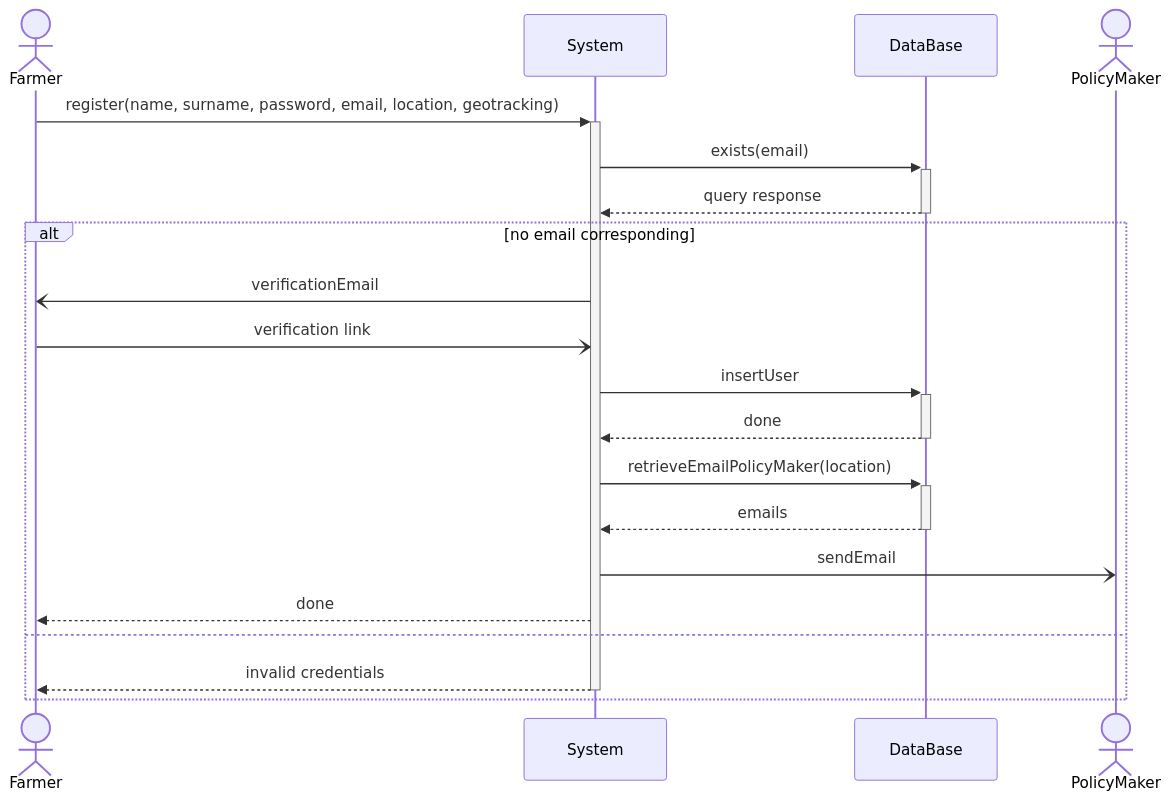
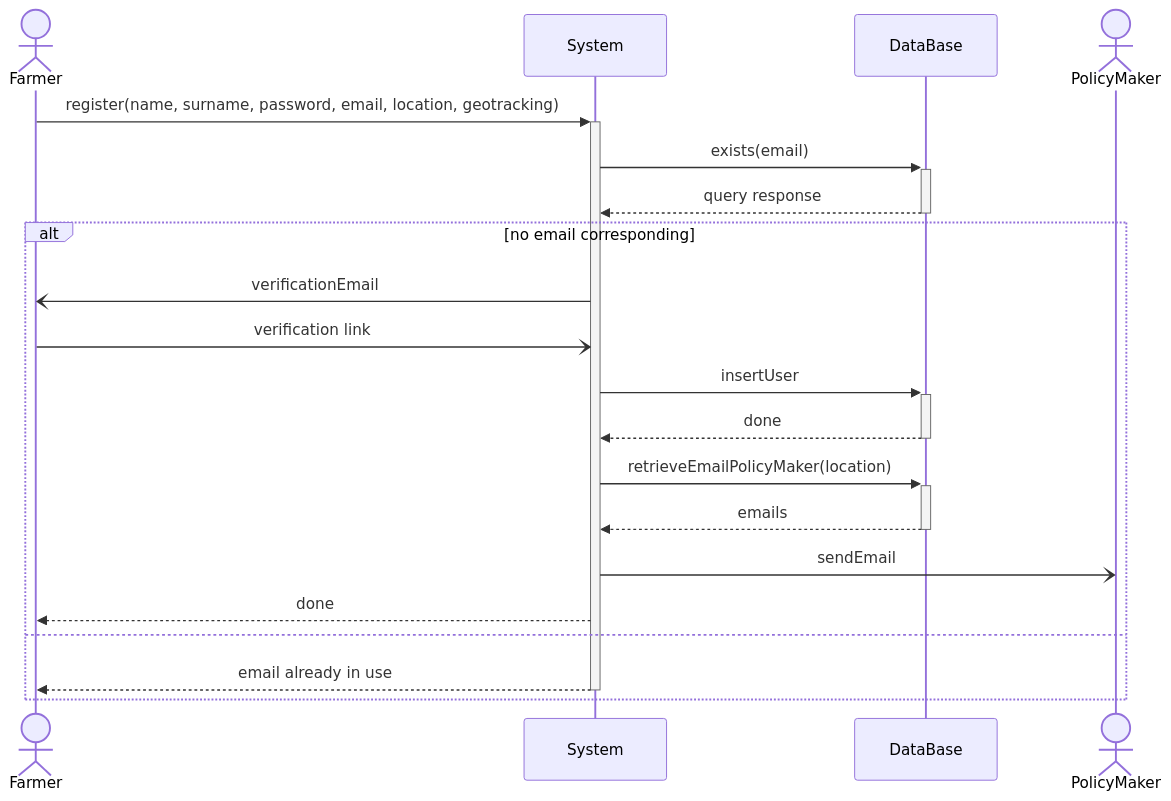
One commit to thekalipo/DeParcevauxPouliquen changed the first of 7 diagrams in DeliveryFolder/UML.md. Above: the diagram before and after it, drawn with Mermaid. The commit also changed other lines of this file and 7 other files, not shown here.

````diff
--- a/DeliveryFolder/UML.md
+++ b/DeliveryFolder/UML.md
@@ -3,22 +3,22 @@
 ```mermaid
 sequenceDiagram
     actor Farmer
     participant System
     participant DataBase
     actor PolicyMaker
     Farmer->>+System: register(name, surname, password, email, location, geotracking)
     System->>+DataBase: exists(email)
     DataBase-->>-System: query response
     alt no email corresponding
         System-)Farmer: verificationEmail
         Farmer-)System: verification link
         System->>+DataBase: insertUser
         DataBase-->>-System: done
         System->>+DataBase: retrieveEmailPolicyMaker(location)
         DataBase-->>-System: emails
         System-)PolicyMaker: sendEmail
         System-->>Farmer: done
     else
-        System-->>-Farmer: invalid credentials
+        System-->>-Farmer: email already in use
     end
 ```
````
